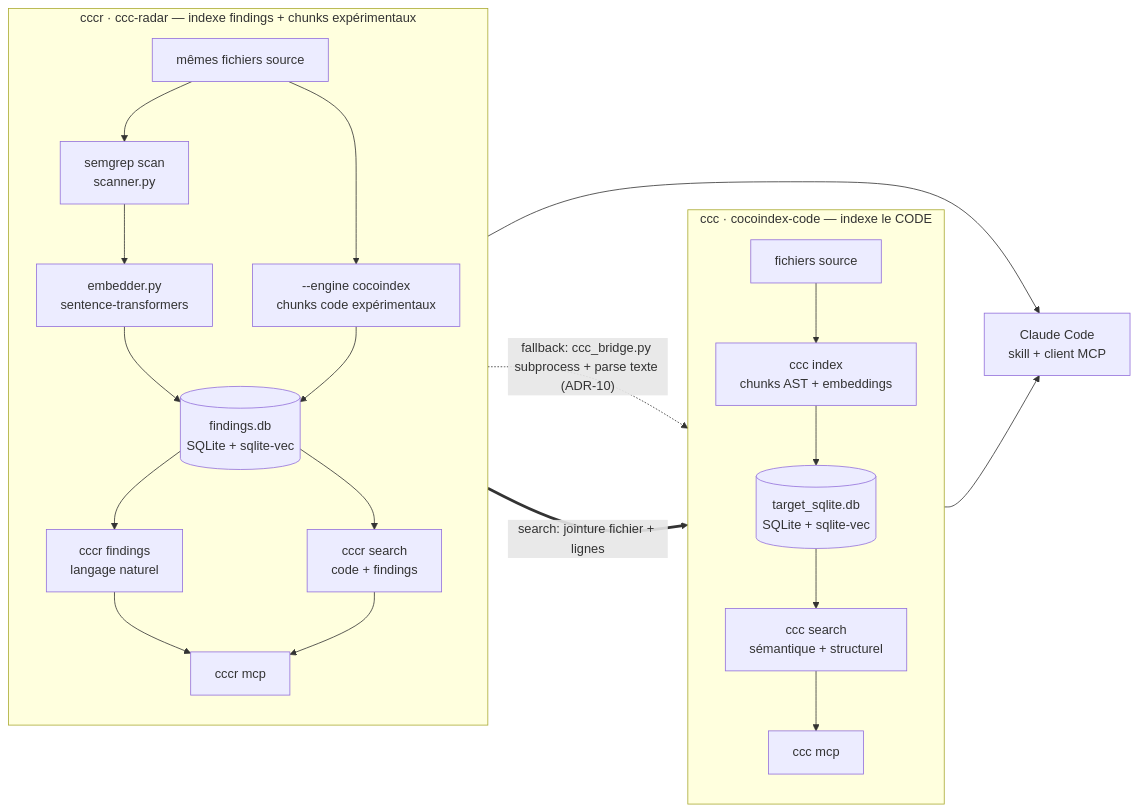
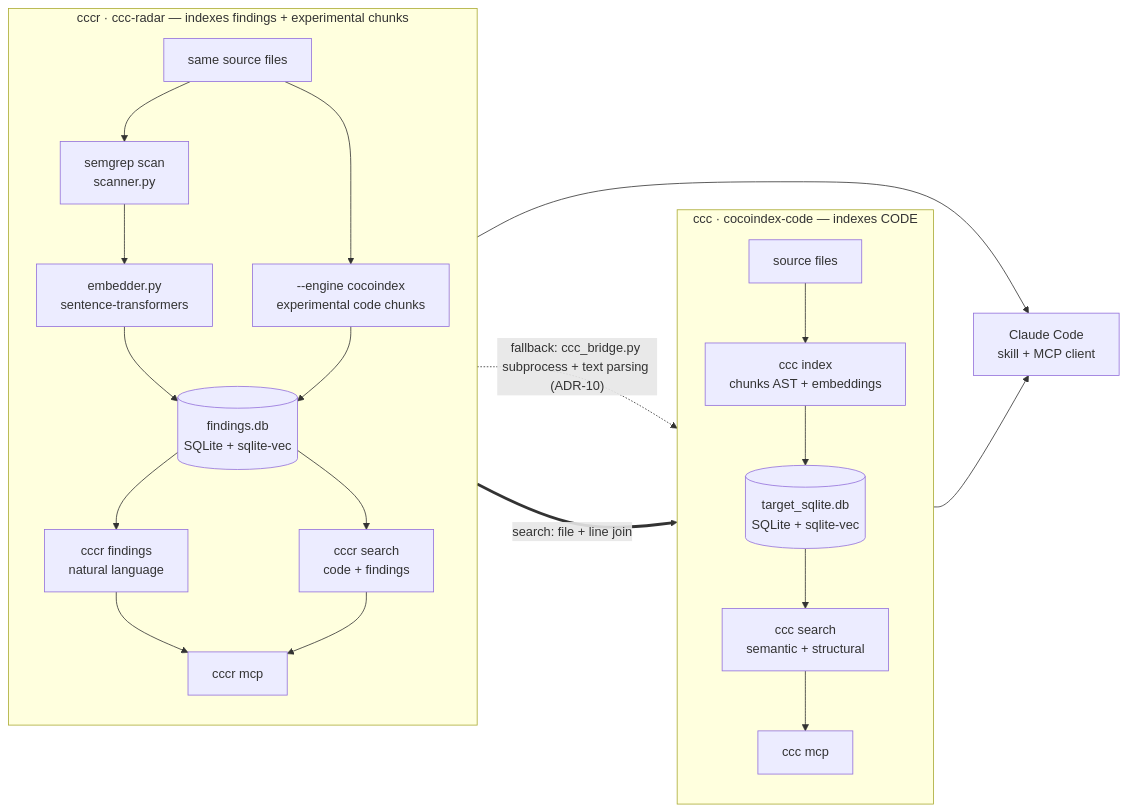
Before and after one commit to elkouhen/ccc-findings: the diagram in README.md, drawn with Mermaid. The commit also changed other lines of this file and 13 other files, not shown here.

````diff
--- a/README.md
+++ b/README.md
@@ -20,39 +29,39 @@
 ```mermaid
 flowchart LR
-    subgraph ccc["ccc · cocoindex-code — indexe le CODE"]
+    subgraph ccc["ccc · cocoindex-code — indexes CODE"]
         direction TB
-        CODE["fichiers source"] --> CIDX["ccc index
+        CODE["source files"] --> CIDX["ccc index
 chunks AST + embeddings"]
         CIDX --> CDB[("target_sqlite.db
 SQLite + sqlite-vec")]
         CDB --> CSEARCH["ccc search
-sémantique + structurel"]
+semantic + structural"]
         CSEARCH --> CMCP["ccc mcp"]
     end
 
-    subgraph cccr["cccr · ccc-radar — indexe findings + chunks expérimentaux"]
+    subgraph cccr["cccr · ccc-radar — indexes findings + experimental chunks"]
         direction TB
-        REPO["mêmes fichiers source"] --> SCAN["semgrep scan
+        REPO["same source files"] --> SCAN["semgrep scan
 scanner.py"]
         SCAN --> EMB["embedder.py
 sentence-transformers"]
         EMB --> FDB[("findings.db
 SQLite + sqlite-vec")]
         REPO --> XCHUNKS["--engine cocoindex
-chunks code expérimentaux"]
+experimental code chunks"]
         XCHUNKS --> FDB
         FDB --> FFIND["cccr findings
-langage naturel"]
+natural language"]
         FDB --> FSEARCH["cccr search
 code + findings"]
         FFIND --> FMCP["cccr mcp"]
         FSEARCH --> FMCP
     end
 
-    FSEARCH -. "fallback: ccc_bridge.py subprocess + parse texte (ADR-10)" .-> CSEARCH
-    FMCP == "search: jointure fichier + lignes" ==> CMCP
+    FSEARCH -. "fallback: ccc_bridge.py subprocess + text parsing (ADR-10)" .-> CSEARCH
+    FMCP == "search: file + line join" ==> CMCP
 
     CMCP --> AGENT["Claude Code
-skill + client MCP"]
+skill + MCP client"]
     FMCP --> AGENT
 ```
````
